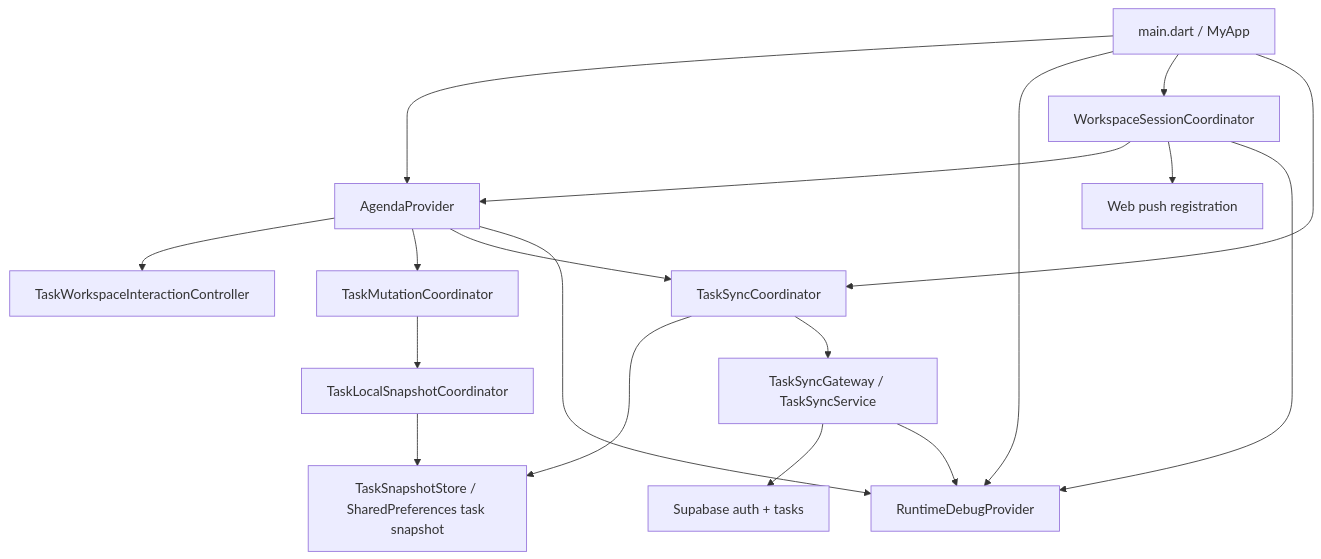
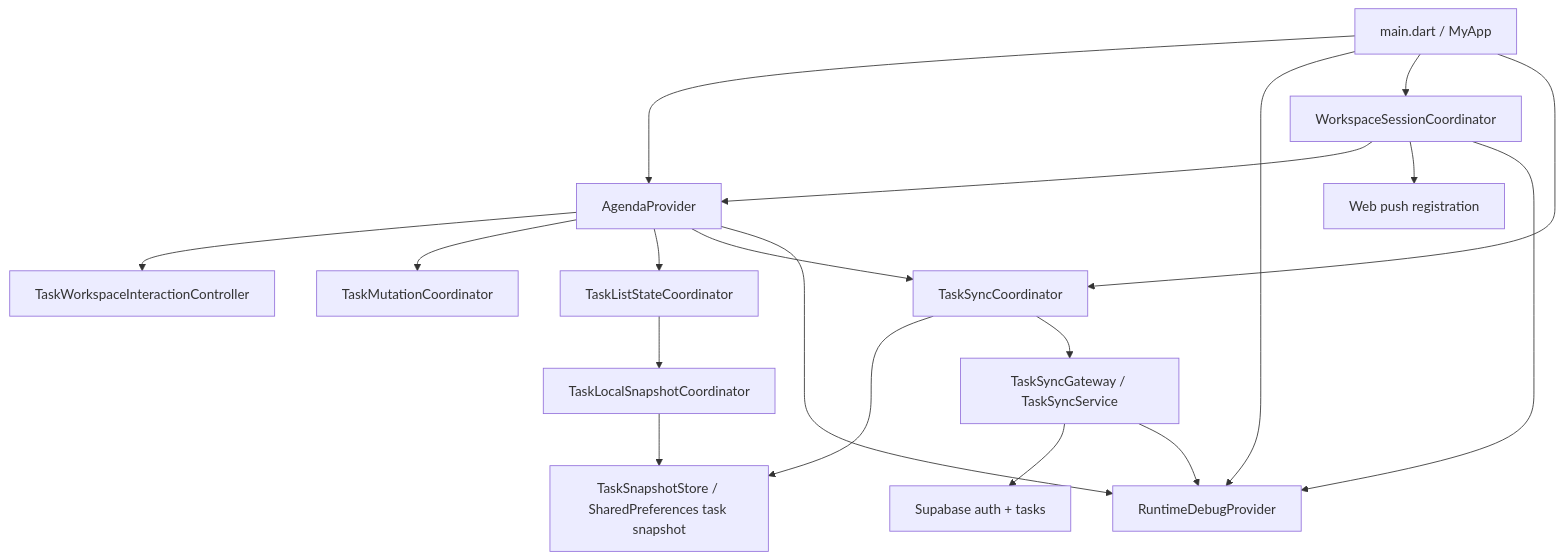
One commit to eliasfeijo/saas-reliability-lab changed the second of 6 diagrams in docs/ARCHITECTURE.md. Above: the diagram before and after it, drawn with Mermaid. The commit also changed other lines of this file and 3 other files, not shown here.

Commit message:
docs(architecture): clarify provider seams and runtime boundaries

````diff
--- a/docs/ARCHITECTURE.md
+++ b/docs/ARCHITECTURE.md
@@ -108,33 +108,35 @@
 ```mermaid
 flowchart TD
     Bootstrap["main.dart / MyApp"]
     Agenda["AgendaProvider"]
     Runtime["RuntimeDebugProvider"]
     Session["WorkspaceSessionCoordinator"]
     SyncCoord["TaskSyncCoordinator"]
     Interaction["TaskWorkspaceInteractionController"]
     Mutation["TaskMutationCoordinator"]
+    State["TaskListStateCoordinator"]
     Snapshot["TaskLocalSnapshotCoordinator"]
     Sync["TaskSyncGateway / TaskSyncService"]
     Local["TaskSnapshotStore / SharedPreferences task snapshot"]
     Supabase["Supabase auth + tasks"]
     PushReg["Web push registration"]
 
     Bootstrap --> Agenda
     Bootstrap --> Runtime
     Bootstrap --> Session
     Bootstrap --> SyncCoord
     Agenda --> Interaction
     Agenda --> Mutation
-    Mutation --> Snapshot
+    Agenda --> State
+    State --> Snapshot
     Agenda --> SyncCoord
     Session --> Agenda
     Session --> PushReg
     Snapshot --> Local
     SyncCoord --> Local
     SyncCoord --> Sync
     Sync --> Supabase
     Sync --> Runtime
     Session --> Runtime
     Agenda --> Runtime
 ```
````
